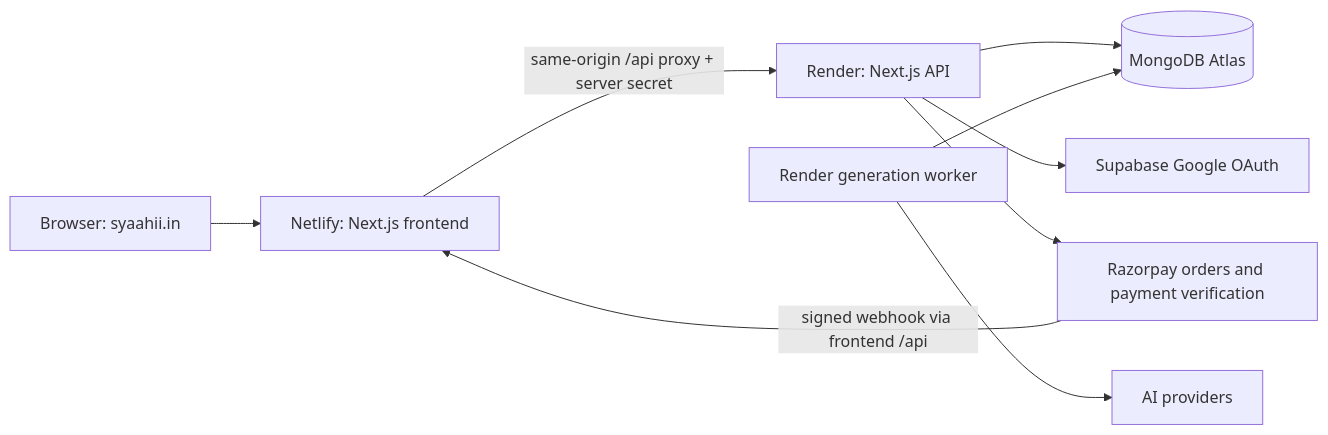
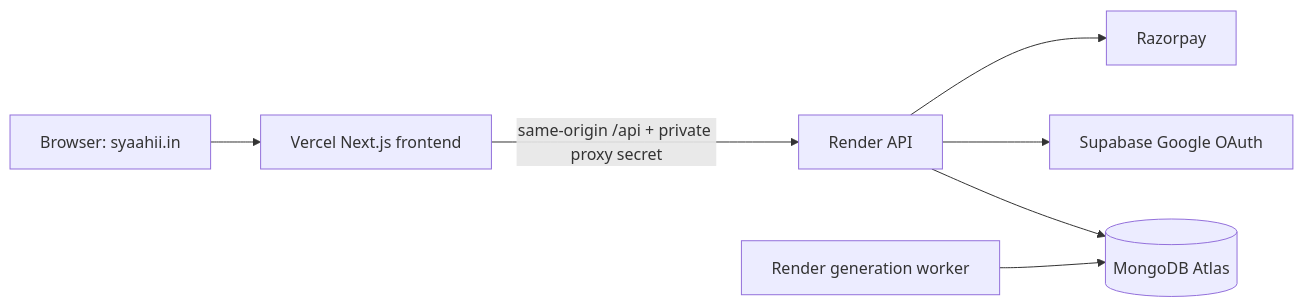
One commit to mrabhaygod12-alt/syaahi changed the diagram in docs/DOMAIN-LAUNCH.md. Above: the diagram before and after it, drawn with Mermaid. The commit also changed other lines of this file and 19 other files, not shown here.

Commit message:
Remove retired host and finish Vercel Render cutover

````diff
--- a/docs/DOMAIN-LAUNCH.md
+++ b/docs/DOMAIN-LAUNCH.md
@@ -5,11 +5,9 @@
 ```mermaid
 flowchart LR
-  U[Browser: syaahii.in] --> N[Netlify: Next.js frontend]
-  N -->|same-origin /api proxy + server secret| R[Render: Next.js API]
+  U[Browser: syaahii.in] --> V[Vercel Next.js frontend]
+  V -->|same-origin /api + private proxy secret| R[Render API]
   R --> M[(MongoDB Atlas)]
   W[Render generation worker] --> M
-  W --> AI[AI providers]
   R --> S[Supabase Google OAuth]
-  R --> P[Razorpay orders and payment verification]
-  P -->|signed webhook via frontend /api| N
+  R --> P[Razorpay]
 ```
````
